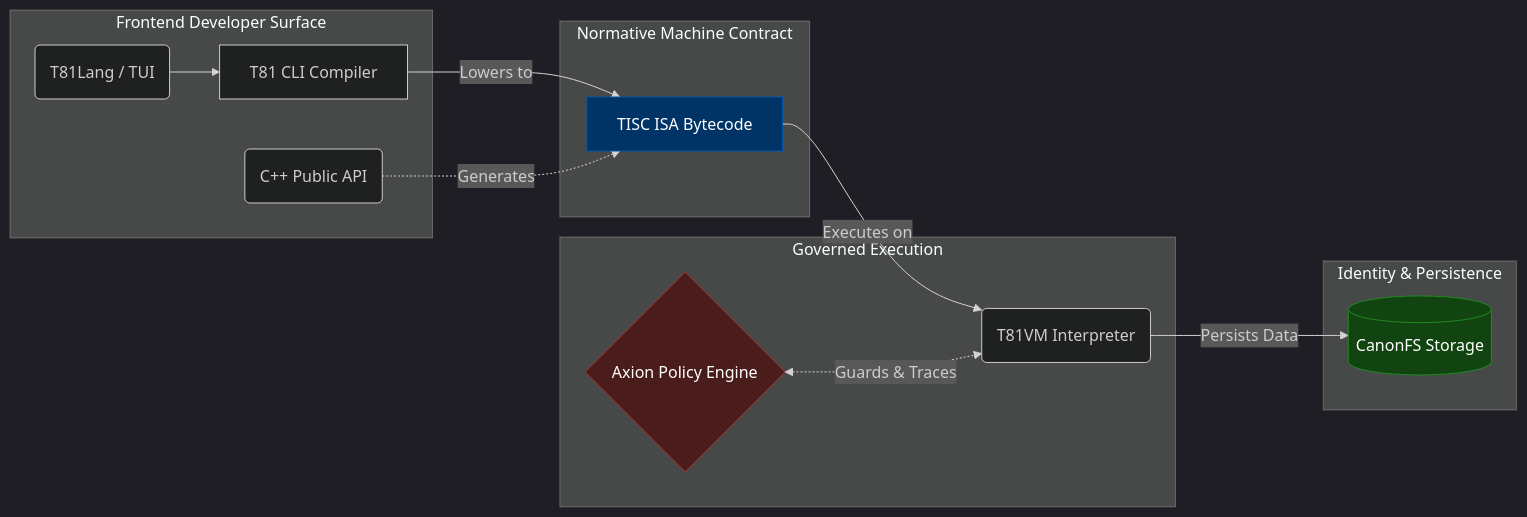
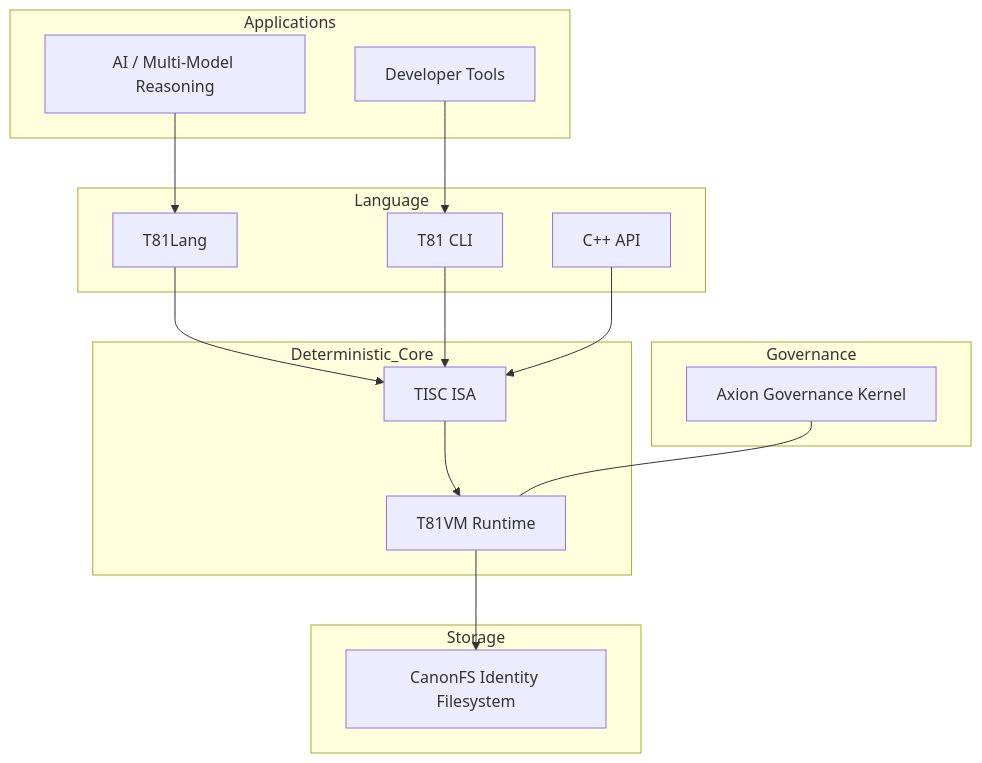
One commit to t81dev/t81-foundation changed the first of 2 diagrams in README.md. Above: the diagram before and after it, drawn with Mermaid. The commit also changed other lines of this file, not shown here.

````diff
--- a/README.md
+++ b/README.md
@@ -38,27 +67,36 @@
 ```mermaid
-%%{init: {'theme': 'dark', 'themeVariables': { 'fontFamily': 'inter' }}}%%
-graph LR
-    subgraph Frontend [Frontend Developer Surface]
-        Lang(T81Lang / TUI) --> Compiler[T81 CLI Compiler]
-        Api(C++ Public API)
-    end
-    
-    subgraph ISA [Normative Machine Contract]
-        TISC[TISC ISA Bytecode]
-        Compiler -->|Lowers to| TISC
-        Api -.->|Generates| TISC
-    end
+flowchart TB
 
-    subgraph Runtime [Governed Execution]
-        TISC -->|Executes on| T81VM(T81VM Interpreter)
-        Axion{Axion Policy Engine} <-.->|Guards & Traces| T81VM
-    end
+subgraph Applications
+AI[AI / Multi-Model Reasoning]
+Tools[Developer Tools]
+end
 
-    subgraph Data [Identity & Persistence]
-        T81VM -->|Persists Data| CanonFS[(CanonFS Storage)]
-    end
+subgraph Language
+T81Lang[T81Lang]
+CLI[T81 CLI]
+API[C++ API]
+end
 
-    style TISC fill:#003366,stroke:#0055aa,color:#fff
-    style Axion fill:#4a1c1c,stroke:#aa3333,color:#fff
-    style CanonFS fill:#114411,stroke:#228822,color:#fff
+subgraph Deterministic_Core
+TISC[TISC ISA]
+VM[T81VM Runtime]
+end
+
+subgraph Governance
+Axion[Axion Governance Kernel]
+end
+
+subgraph Storage
+CanonFS[CanonFS Identity Filesystem]
+end
+
+AI --> T81Lang
+Tools --> CLI
+T81Lang --> TISC
+CLI --> TISC
+API --> TISC
+TISC --> VM
+Axion --- VM
+VM --> CanonFS
 ```
````
